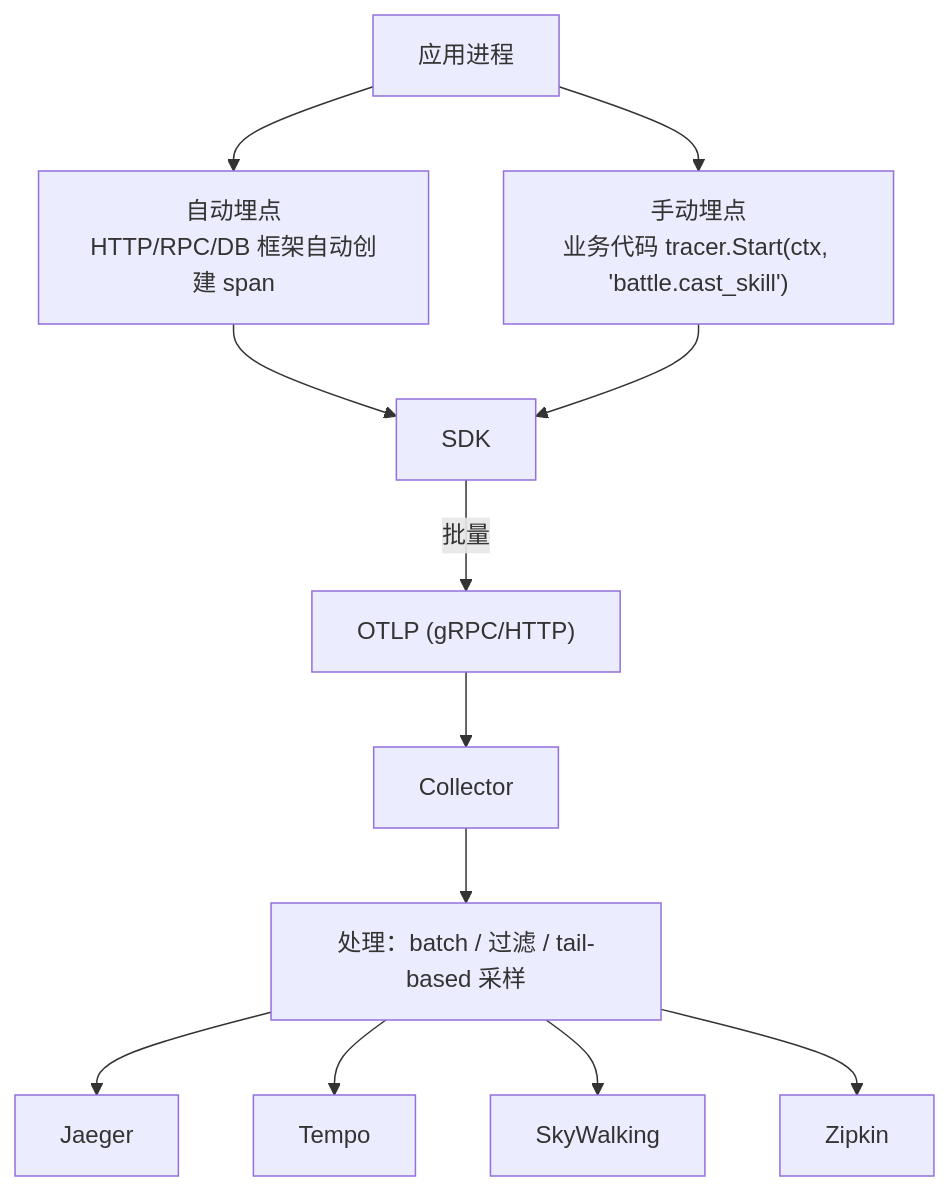
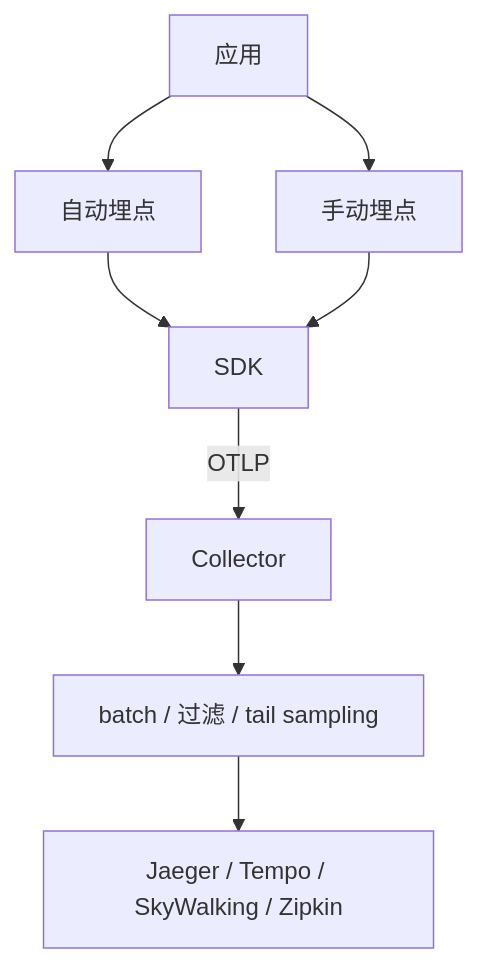
One commit to ml-cuizijun/LearnToLilith changed the fourth of 6 diagrams in 09-可观测性与SRE方法论/05-链路追踪与OpenTelemetry/知识点.md. Above: the diagram before and after it, drawn with Mermaid. The commit also changed other lines of this file and 178 other files, not shown here.

````diff
--- a/09-可观测性与SRE方法论/05-链路追踪与OpenTelemetry/知识点.md
+++ b/09-可观测性与SRE方法论/05-链路追踪与OpenTelemetry/知识点.md
@@ -284,15 +244,10 @@
 ```mermaid
-graph TD
-    APP["应用进程"]
-    APP --> AUTO["自动埋点<br/>HTTP/RPC/DB 框架自动创建 span"]
-    APP --> MANUAL["手动埋点<br/>业务代码 tracer.Start(ctx, 'battle.cast_skill')"]
+flowchart TD
+    APP["应用"] --> AUTO["自动埋点"]
+    APP --> MANUAL["手动埋点"]
     AUTO --> SDK["SDK"]
     MANUAL --> SDK
-    SDK -->|批量| OTLP["OTLP (gRPC/HTTP)"]
-    OTLP --> COL["Collector"]
-    COL --> PROC["处理：batch / 过滤 / tail-based 采样"]
-    PROC --> JAEGER["Jaeger"]
-    PROC --> TEMPO["Tempo"]
-    PROC --> SKYWALKING["SkyWalking"]
-    PROC --> ZIPKIN["Zipkin"]
+    SDK -->|OTLP| COL["Collector"]
+    COL --> PROC["batch / 过滤 / tail sampling"]
+    PROC --> BACK["Jaeger / Tempo / SkyWalking / Zipkin"]
 ```
````
